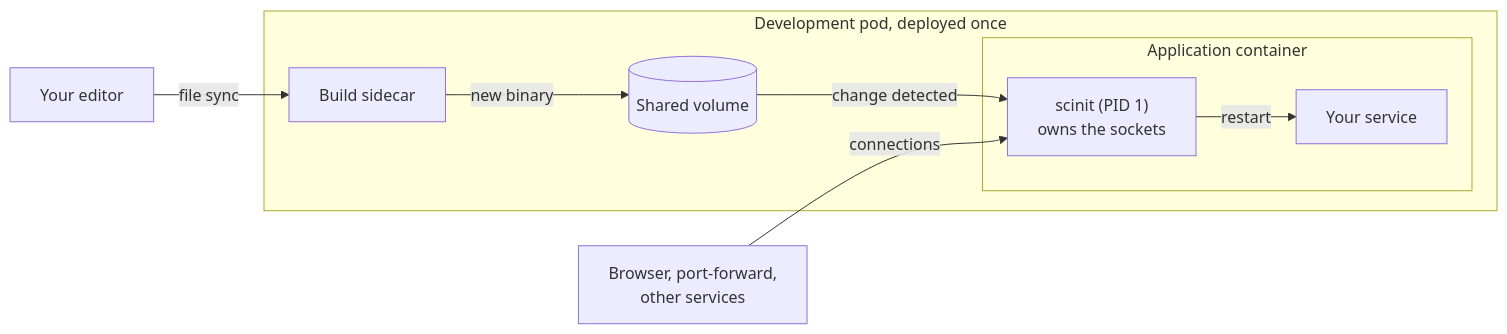
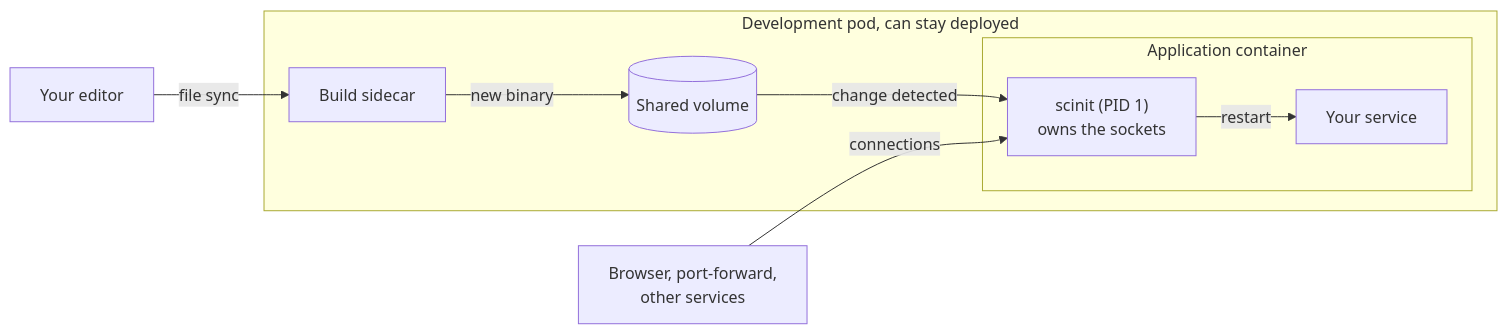
One commit to divoxx/scinit changed the diagram in README.md. Above: the diagram before and after it, drawn with Mermaid. The commit also changed other lines of this file and 5 other files, not shown here.

````diff
--- a/README.md
+++ b/README.md
@@ -36,12 +36,12 @@
 ```mermaid
 flowchart LR
     Dev["Your editor"] -- "file sync" --> Builder
-    subgraph Pod["Development pod, deployed once"]
+    subgraph Pod["Development pod, can stay deployed"]
         Builder["Build sidecar"] -- "new binary" --> Vol[("Shared volume")]
         subgraph App["Application container"]
             scinit["scinit (PID 1)<br/>owns the sockets"] -- "restart" --> Service["Your service"]
         end
         Vol -- "change detected" --> scinit
     end
     Clients["Browser, port-forward,<br/>other services"] -- "connections" --> scinit
 ```
````
